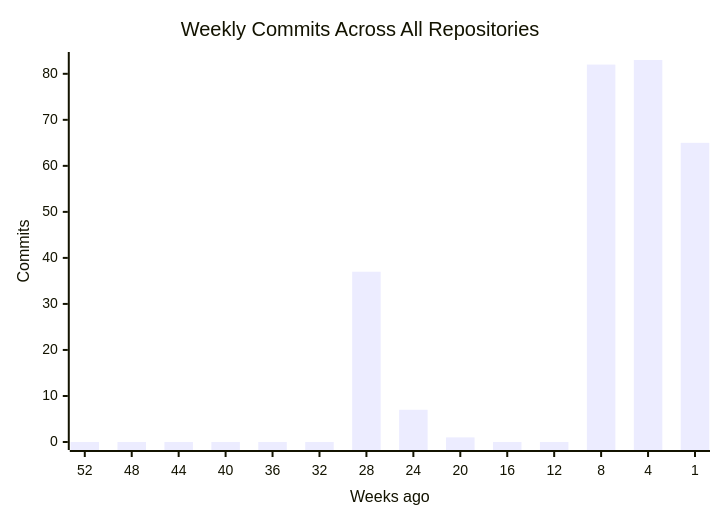
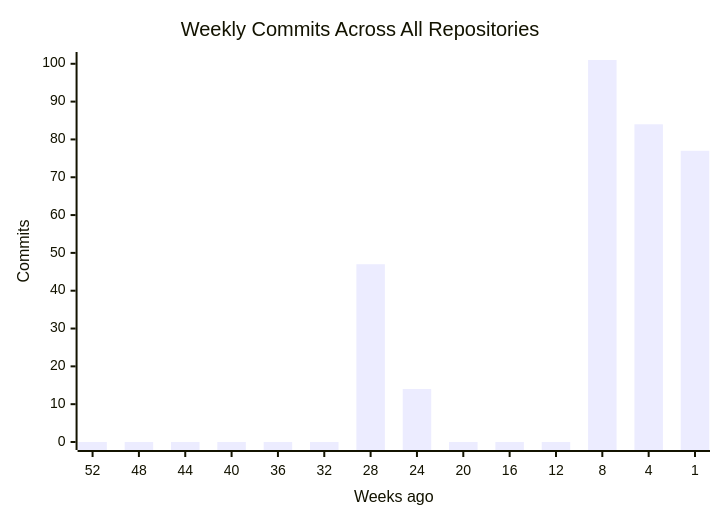
The first of 4 diagrams in profile/README.md (CSTH-Projects/.github), drawn with Mermaid before and after one commit. The commit also changed other lines of this file, not shown here.

````diff
--- a/profile/README.md
+++ b/profile/README.md
@@ -16,7 +16,7 @@
 ```mermaid
 xychart-beta
     title "Weekly Commits Across All Repositories"
     x-axis "Weeks ago" [52, 48, 44, 40, 36, 32, 28, 24, 20, 16, 12, 8, 4, 1]
     y-axis "Commits"
-    bar [0, 0, 0, 0, 0, 0, 37, 7, 1, 0, 0, 82, 83, 65]
+    bar [0, 0, 0, 0, 0, 0, 47, 14, 0, 0, 0, 101, 84, 77]
 ```
````
